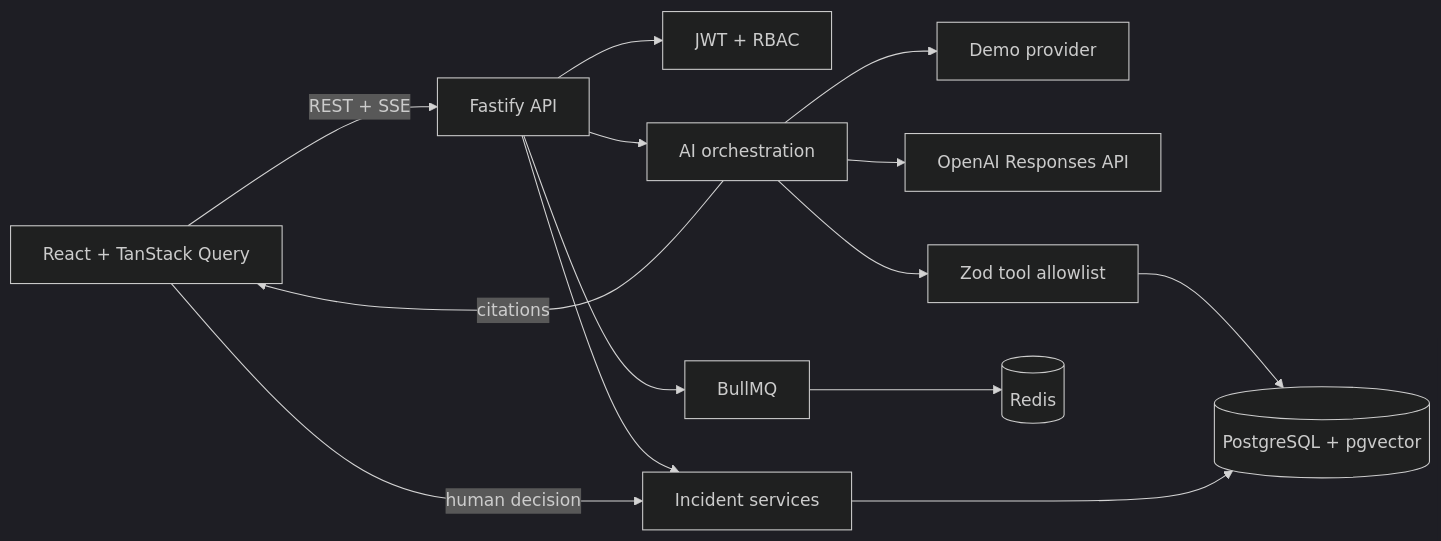
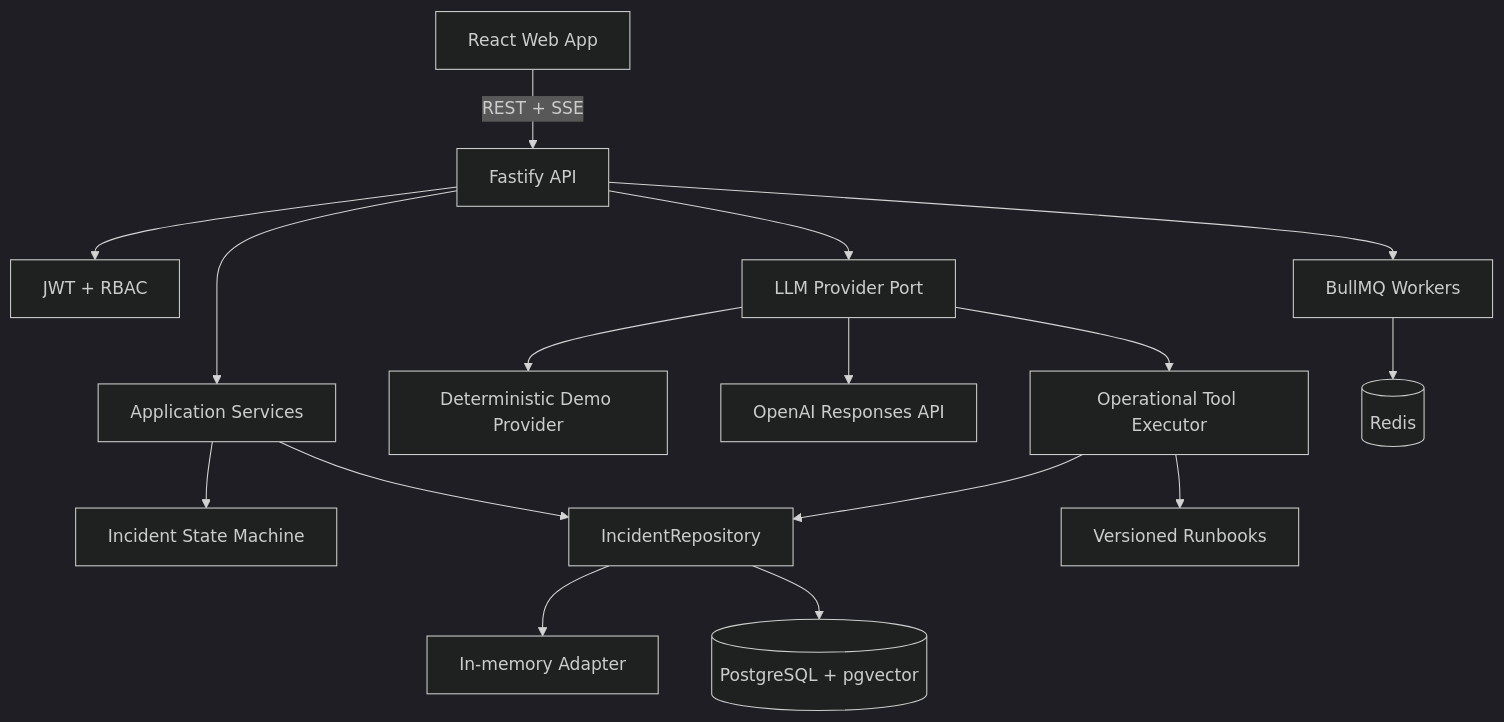
Before and after one commit to matheuscorreiafranca/PulseOps-AI: the first of 2 diagrams in README.md, drawn with Mermaid (dark theme). The commit also changed other lines of this file and 36 other files, not shown here.

Commit message:
refactor: strengthen architecture, AI tooling, and documentation

````diff
--- a/README.md
+++ b/README.md
@@ -26,16 +80,34 @@
 ```mermaid
-flowchart LR
-  U[React + TanStack Query] -->|REST + SSE| A[Fastify API]
-  A --> AUTH[JWT + RBAC]
-  A --> CORE[Incident services]
-  A --> AI[AI orchestration]
-  AI --> DEMO[Demo provider]
-  AI --> OPENAI[OpenAI Responses API]
-  AI --> TOOLS[Zod tool allowlist]
-  TOOLS --> PG[(PostgreSQL + pgvector)]
-  CORE --> PG
-  A --> Q[BullMQ]
-  Q --> R[(Redis)]
-  AI -->|citations| U
-  U -->|human decision| CORE
+flowchart TB
+  Browser[React Web App]
+  API[Fastify API]
+  Auth[JWT + RBAC]
+  UseCases[Application Services]
+  Domain[Incident State Machine]
+  RepoPort[IncidentRepository]
+  Memory[In-memory Adapter]
+  Postgres[(PostgreSQL + pgvector)]
+  Orchestrator[LLM Provider Port]
+  Demo[Deterministic Demo Provider]
+  OpenAI[OpenAI Responses API]
+  ToolRegistry[Operational Tool Executor]
+  Runbooks[Versioned Runbooks]
+  Queue[BullMQ Workers]
+  Redis[(Redis)]
+
+  Browser -->|REST + SSE| API
+  API --> Auth
+  API --> UseCases
+  UseCases --> Domain
+  UseCases --> RepoPort
+  RepoPort --> Memory
+  RepoPort --> Postgres
+  API --> Orchestrator
+  Orchestrator --> Demo
+  Orchestrator --> OpenAI
+  Orchestrator --> ToolRegistry
+  ToolRegistry --> Runbooks
+  ToolRegistry --> RepoPort
+  API --> Queue
+  Queue --> Redis
 ```
````
